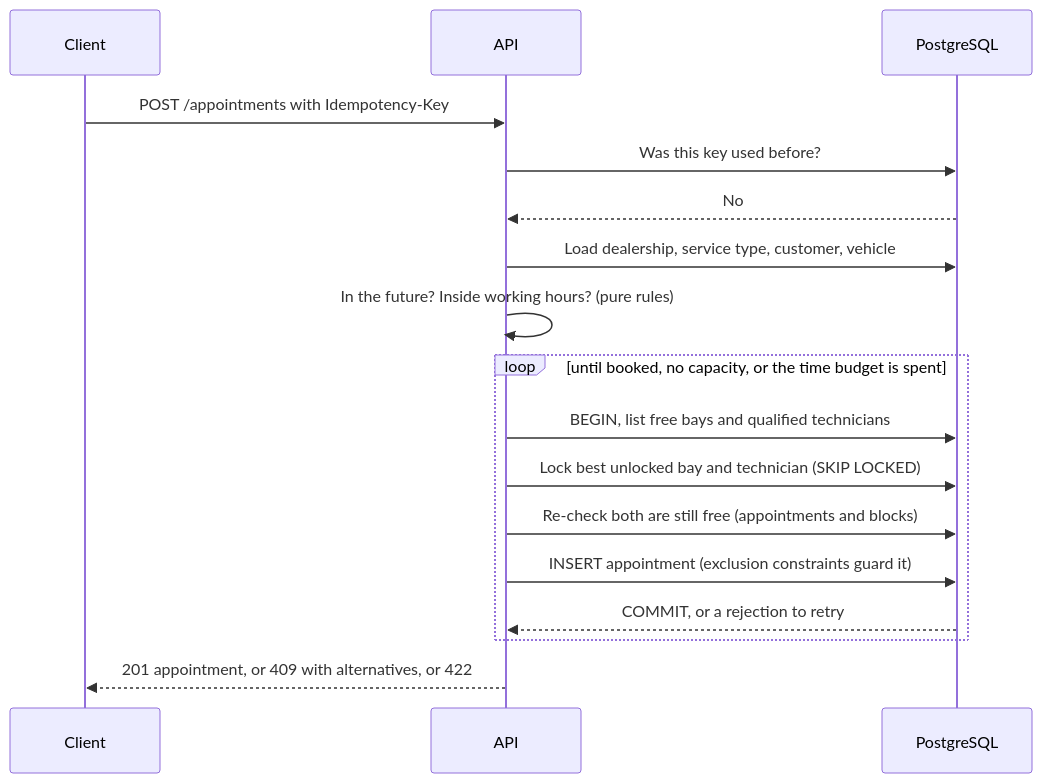
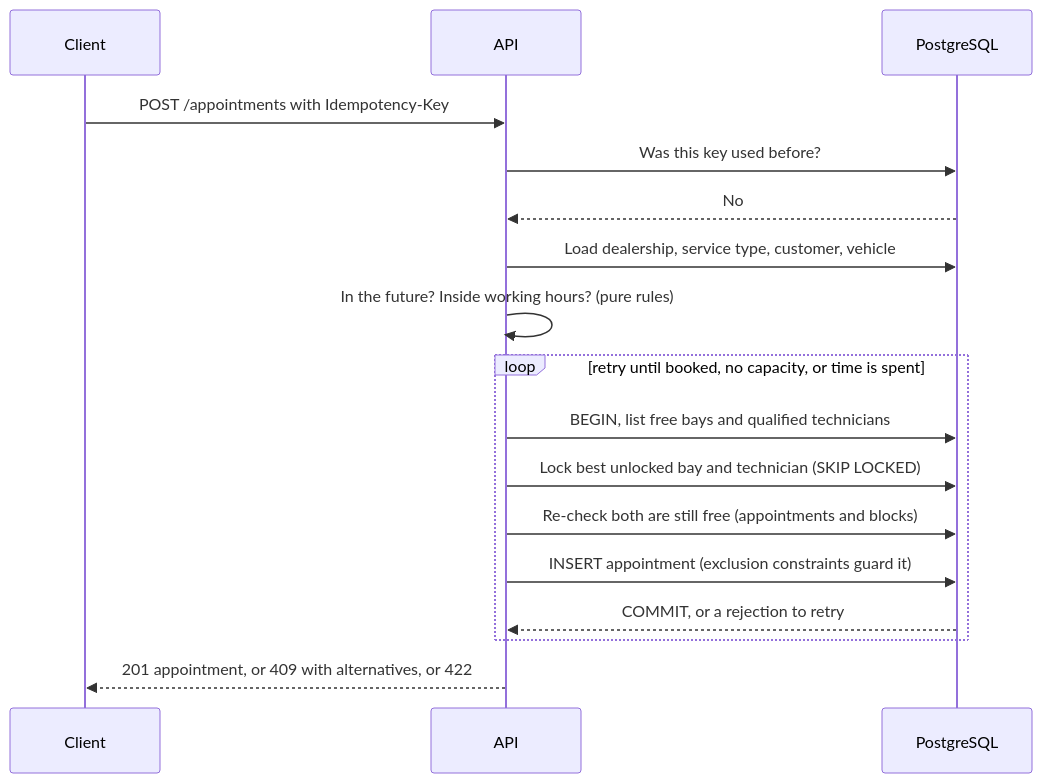
One commit to tobbieswork/keyloop-service-scheduler changed the second of 3 diagrams in docs/system-design.md. Above: the diagram before and after it, drawn with Mermaid. The commit also changed other lines of this file and 3 other files, not shown here.

First line of the commit message:
docs: add rendered diagram images to the design document

````diff
--- a/docs/system-design.md
+++ b/docs/system-design.md
@@ -79,19 +91,19 @@
 ```mermaid
 sequenceDiagram
   participant C as Client
   participant A as API
   participant D as PostgreSQL
   C->>A: POST /appointments with Idempotency-Key
   A->>D: Was this key used before?
   D-->>A: No
   A->>D: Load dealership, service type, customer, vehicle
   A->>A: In the future? Inside working hours? (pure rules)
-  loop until booked, no capacity, or the time budget is spent
+  loop retry until booked, no capacity, or time is spent
     A->>D: BEGIN, list free bays and qualified technicians
     A->>D: Lock best unlocked bay and technician (SKIP LOCKED)
     A->>D: Re-check both are still free (appointments and blocks)
     A->>D: INSERT appointment (exclusion constraints guard it)
     D-->>A: COMMIT, or a rejection to retry
   end
   A-->>C: 201 appointment, or 409 with alternatives, or 422
 ```
````
